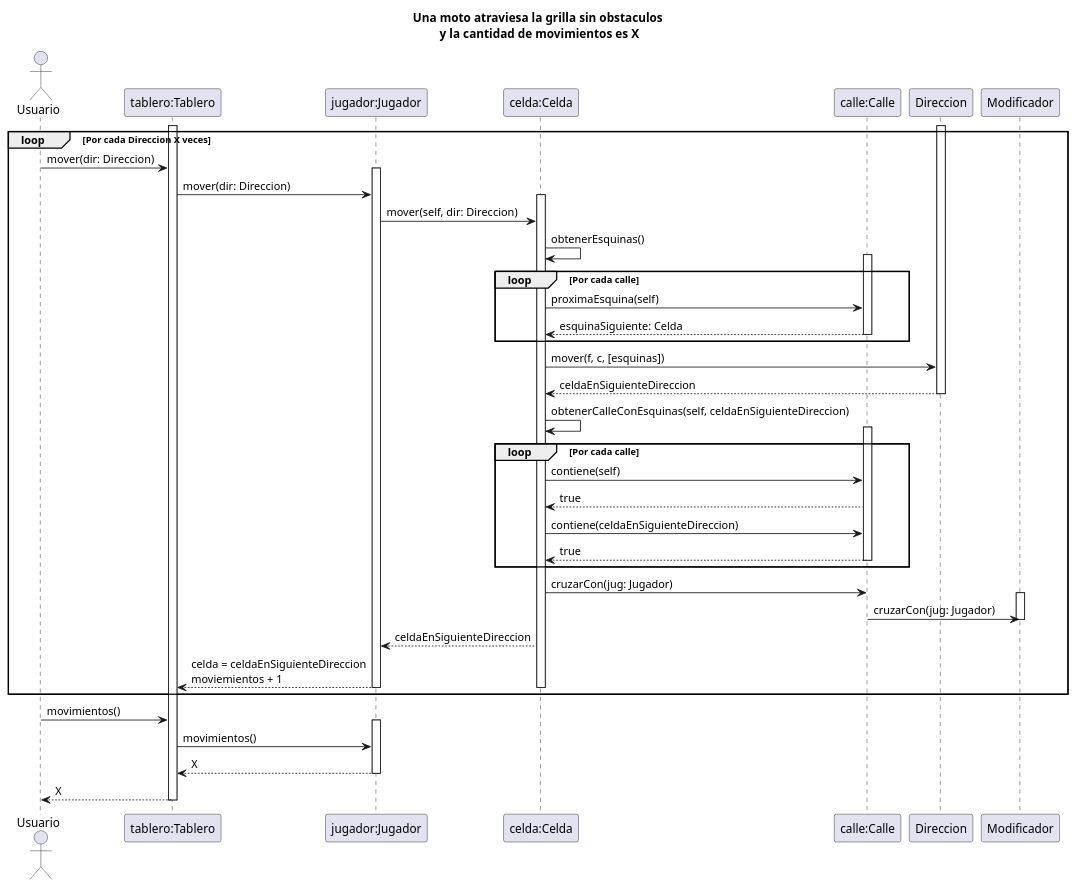
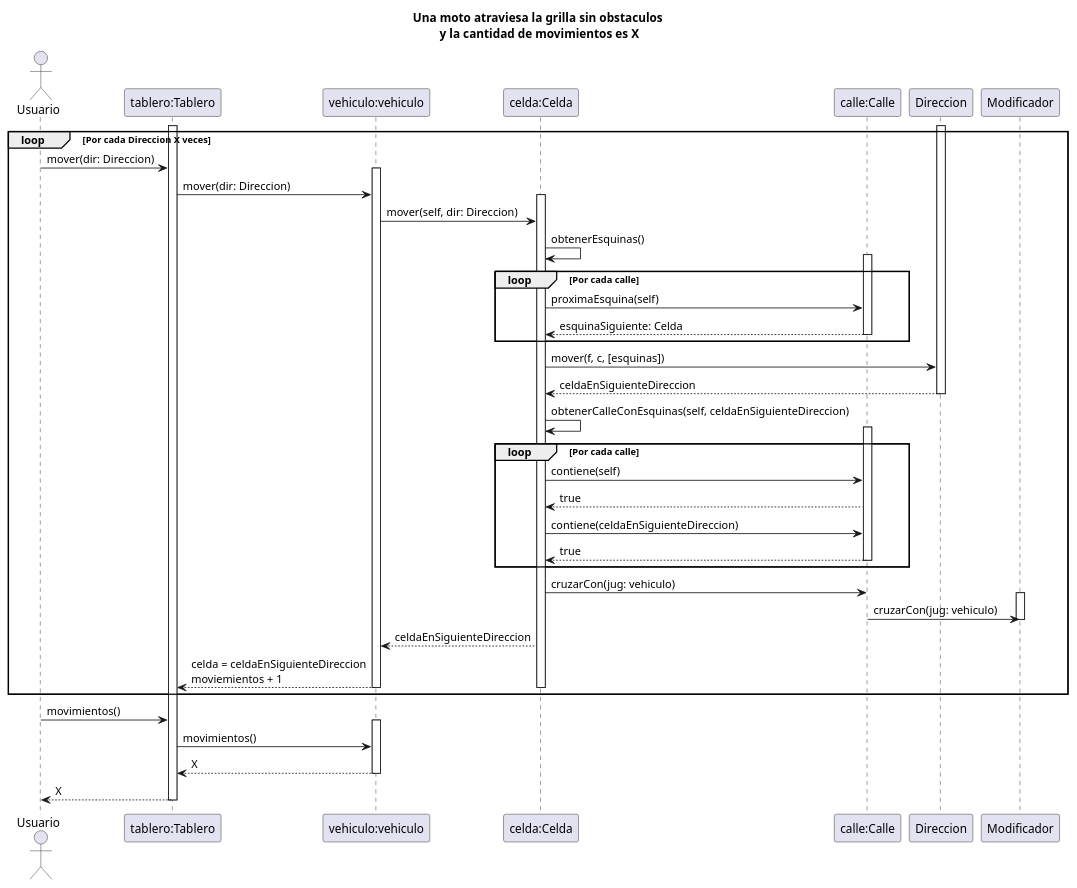
One commit to tomasayala/algo3_tp2_1C2022 changed the first of 3 diagrams in diagrams/classes/modelo/secuencia_ejemplo.plantuml. Above: the diagram before and after it, drawn with PlantUML. The commit also changed other lines of this file and 44 other files, not shown here.

```diff
--- a/diagrams/classes/modelo/secuencia_ejemplo.plantuml
+++ b/diagrams/classes/modelo/secuencia_ejemplo.plantuml
@@ -1,88 +1,88 @@
 @startuml sec-moto-atraviesa-grilla-sin-obs
 
 title Una moto atraviesa la grilla sin obstaculos\n y la cantidad de movimientos es X
 
 Actor Usuario as user
 participant "tablero:Tablero" as tablero
-participant "jugador:Jugador" as jugador
+participant "vehiculo:vehiculo" as vehiculo
 participant "celda:Celda" as celda
 participant "calle:Calle" as calle
 participant "Direccion" as direccion
 participant "Modificador" as modificador
 
 activate tablero
 
 loop Por cada Direccion X veces
 
     user -> tablero: mover(dir: Direccion)
     
-    activate jugador
+    activate vehiculo
     
-    tablero -> jugador: mover(dir: Direccion)
+    tablero -> vehiculo: mover(dir: Direccion)
 
     activate celda
 
-    jugador -> celda: mover(self, dir: Direccion)
+    vehiculo -> celda: mover(self, dir: Direccion)
     celda -> celda: obtenerEsquinas()
 
     loop Por cada calle
         activate calle
 
         celda -> calle: proximaEsquina(self)
         calle --> celda: esquinaSiguiente: Celda
         
         deactivate calle
     end
 
     activate direccion
 
     celda -> direccion: mover(f, c, [esquinas])
     direccion --> celda: celdaEnSiguienteDireccion
 
     deactivate direccion
 
     celda -> celda: obtenerCalleConEsquinas(self, celdaEnSiguienteDireccion)
     
     loop Por cada calle
         activate calle
 
         celda -> calle: contiene(self)
         calle --> celda: true
         celda -> calle: contiene(celdaEnSiguienteDireccion)
         calle --> celda: true
 
         deactivate calle
     end
     
     activate calle
 
-    celda -> calle: cruzarCon(jug: Jugador)
+    celda -> calle: cruzarCon(jug: vehiculo)
     
     activate modificador
     
-    calle -> modificador: cruzarCon(jug: Jugador)
+    calle -> modificador: cruzarCon(jug: vehiculo)
 
     deactivate modificador
     deactivate calle
 
-    celda --> jugador: celdaEnSiguienteDireccion
-    jugador --> tablero: celda = celdaEnSiguienteDireccion\nmoviemientos + 1
+    celda --> vehiculo: celdaEnSiguienteDireccion
+    vehiculo --> tablero: celda = celdaEnSiguienteDireccion\nmoviemientos + 1
 
     deactivate celda
-    deactivate jugador
+    deactivate vehiculo
 
 end
 
 
 user -> tablero: movimientos()
 
-activate jugador
-tablero -> jugador: movimientos()
-jugador --> tablero: X
-deactivate jugador
+activate vehiculo
+tablero -> vehiculo: movimientos()
+vehiculo --> tablero: X
+deactivate vehiculo
 
 tablero --> user: X
 
 deactivate tablero
 
 @enduml
```
